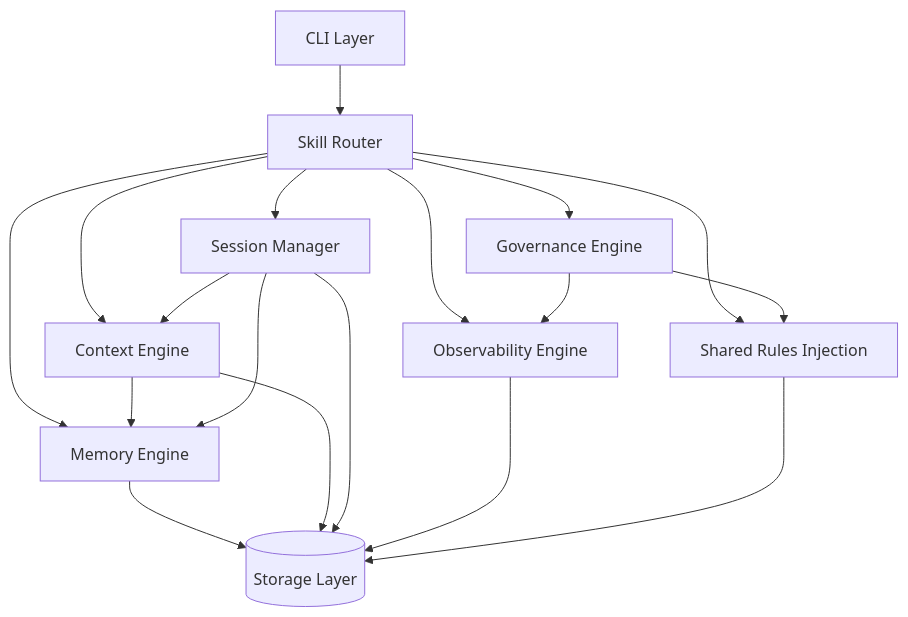
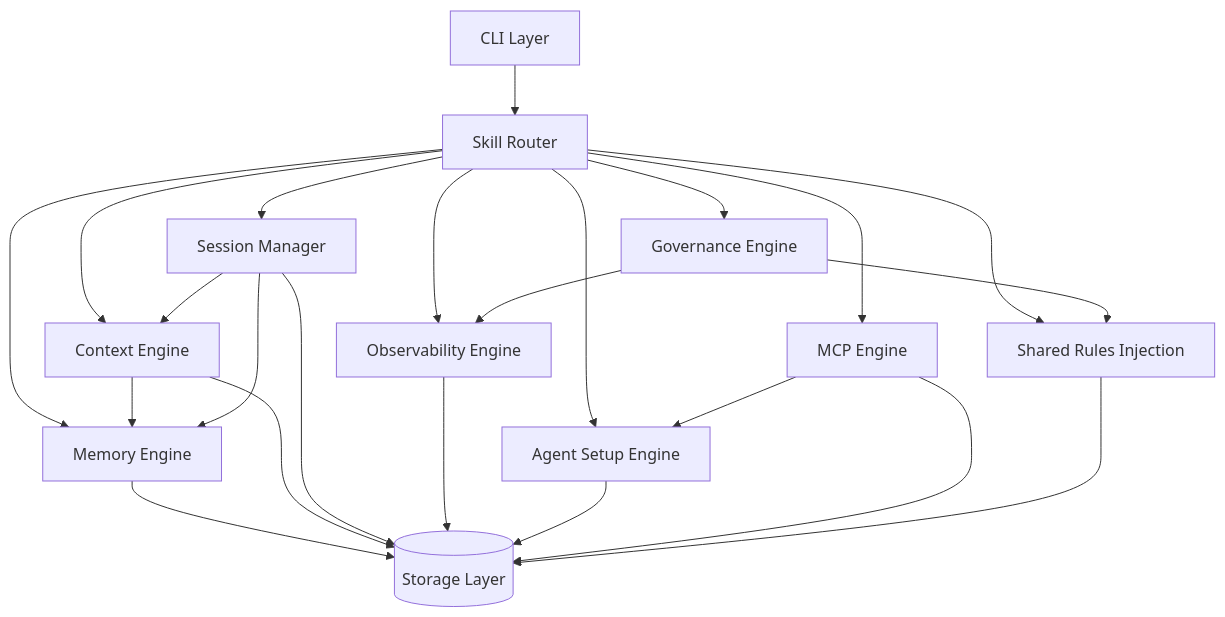
The diagram in v2/design/architecture.md (cloud99277/Z-Core), drawn with Mermaid before and after one commit. The commit also changed other lines of this file and 5 other files, not shown here.

````diff
--- a/v2/design/architecture.md
+++ b/v2/design/architecture.md
@@ -176,22 +177,27 @@
 ```mermaid
 graph TD
     CLI[CLI Layer] --> Router[Skill Router]
     Router --> Context[Context Engine]
     Router --> Memory[Memory Engine]
     Router --> Session[Session Manager]
     Router --> Governance[Governance Engine]
     Router --> Observability[Observability Engine]
+    Router --> AgentSetup[Agent Setup Engine]
+    Router --> Mcp[MCP Engine]
 
     Context --> Memory
     Session --> Context
     Session --> Memory
     Governance --> Observability
+    Mcp --> AgentSetup
     Router --> SharedRules[Shared Rules Injection]
     Governance --> SharedRules
 
     Memory --> Storage[(Storage Layer)]
     Context --> Storage
     Session --> Storage
     Observability --> Storage
+    AgentSetup --> Storage
+    Mcp --> Storage
     SharedRules --> Storage
 ```
````
